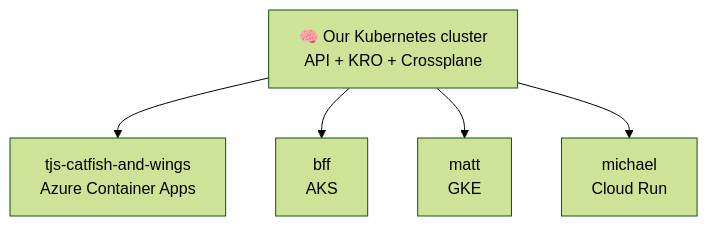
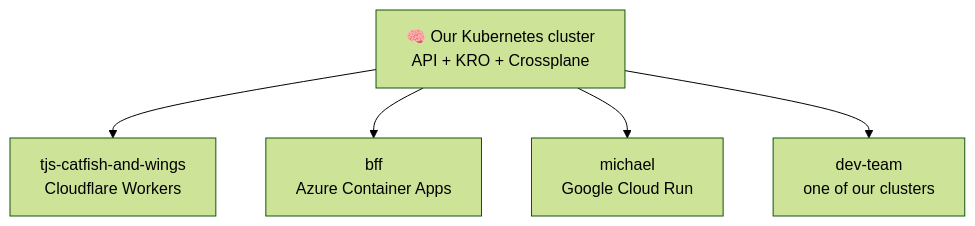
Before and after one commit to external-systems/explain-kube-to-me: the first of 2 diagrams in documentation/docs/payload-sites.md, drawn with Mermaid (forest theme). The commit also changed other lines of this file and 14 other files, not shown here.

````diff
--- a/documentation/docs/payload-sites.md
+++ b/documentation/docs/payload-sites.md
@@ -45,7 +50,7 @@
 ```mermaid
 flowchart TB
-    B["🧠 Our Kubernetes cluster<br/>API + KRO + Crossplane"] --> T1["tjs-catfish-and-wings<br/>Azure Container Apps"]
-    B --> T2["bff<br/>AKS"]
-    B --> T3["matt<br/>GKE"]
-    B --> T4["michael<br/>Cloud Run"]
+    B["🧠 Our Kubernetes cluster<br/>API + KRO + Crossplane"] --> T1["tjs-catfish-and-wings<br/>Cloudflare Workers"]
+    B --> T2["bff<br/>Azure Container Apps"]
+    B --> T3["michael<br/>Google Cloud Run"]
+    B --> T4["dev-team<br/>one of our clusters"]
 ```
````
